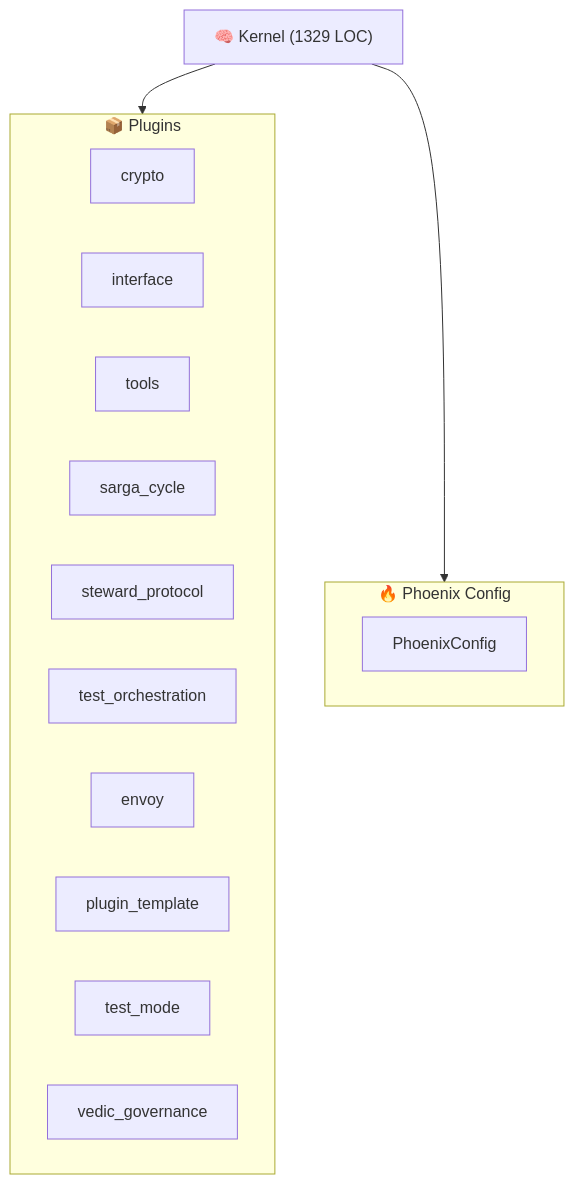
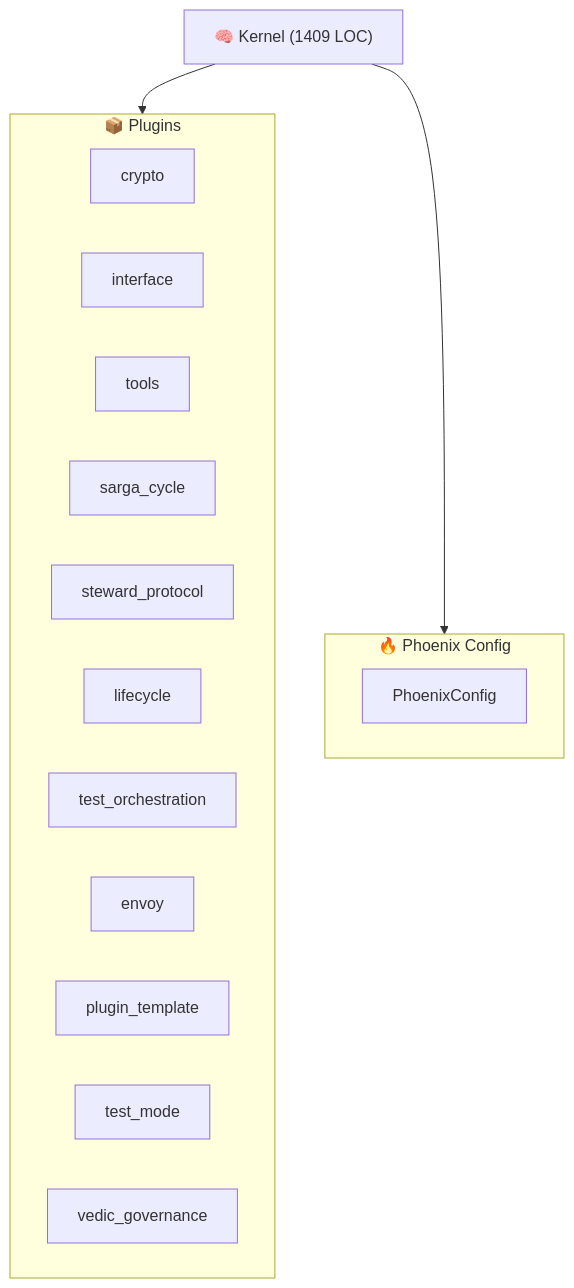
The diagram in ARCHITECTURE.md (kimeisele/steward-protocol), drawn with Mermaid before and after one commit. The commit also changed other lines of this file and 14 other files, not shown here.

````diff
--- a/ARCHITECTURE.md
+++ b/ARCHITECTURE.md
@@ -9,21 +8,22 @@
 ```mermaid
 graph TB
-    K["🧠 Kernel (1329 LOC)"]
+    K["🧠 Kernel (1409 LOC)"]
     subgraph Plugins["📦 Plugins"]
         P_crypto["crypto"]
         P_interface["interface"]
         P_tools["tools"]
         P_sarga_cycle["sarga_cycle"]
         P_steward_protocol["steward_protocol"]
+        P_lifecycle["lifecycle"]
         P_test_orchestration["test_orchestration"]
         P_envoy["envoy"]
         P_plugin_template["plugin_template"]
         P_test_mode["test_mode"]
         P_vedic_governance["vedic_governance"]
     end
     K --> Plugins
     subgraph Config["🔥 Phoenix Config"]
         PC[PhoenixConfig]
     end
     K --> Config
 ```
````
